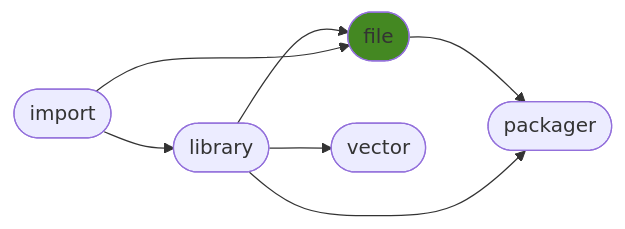
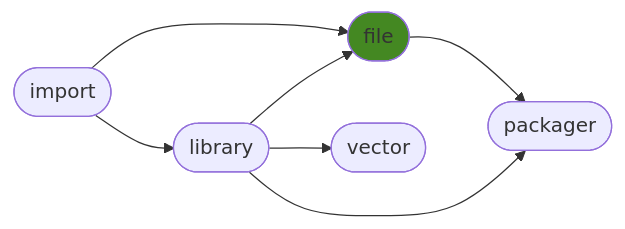
The diagram in README.md (ManderaGeneral/generalfile), drawn with Mermaid before and after one commit. The commit also changed other lines of this file, not shown here.

````diff
--- a/README.md
+++ b/README.md
@@ -24,15 +24,15 @@
 ```mermaid
 flowchart LR
-1([library]) --> 2([file])
+0([import]) --> 2([file])
+0([import]) --> 1([library])
 2([file]) --> 4([packager])
 1([library]) --> 4([packager])
-0([import]) --> 1([library])
+1([library]) --> 2([file])
 1([library]) --> 3([vector])
-0([import]) --> 2([file])
 click 0 "https://github.com/ManderaGeneral/generalimport"
 click 1 "https://github.com/ManderaGeneral/generallibrary"
 click 2 "https://github.com/ManderaGeneral/generalfile"
 click 3 "https://github.com/ManderaGeneral/generalvector"
 click 4 "https://github.com/ManderaGeneral/generalpackager"
 style 2 fill:#482
 ```
````
